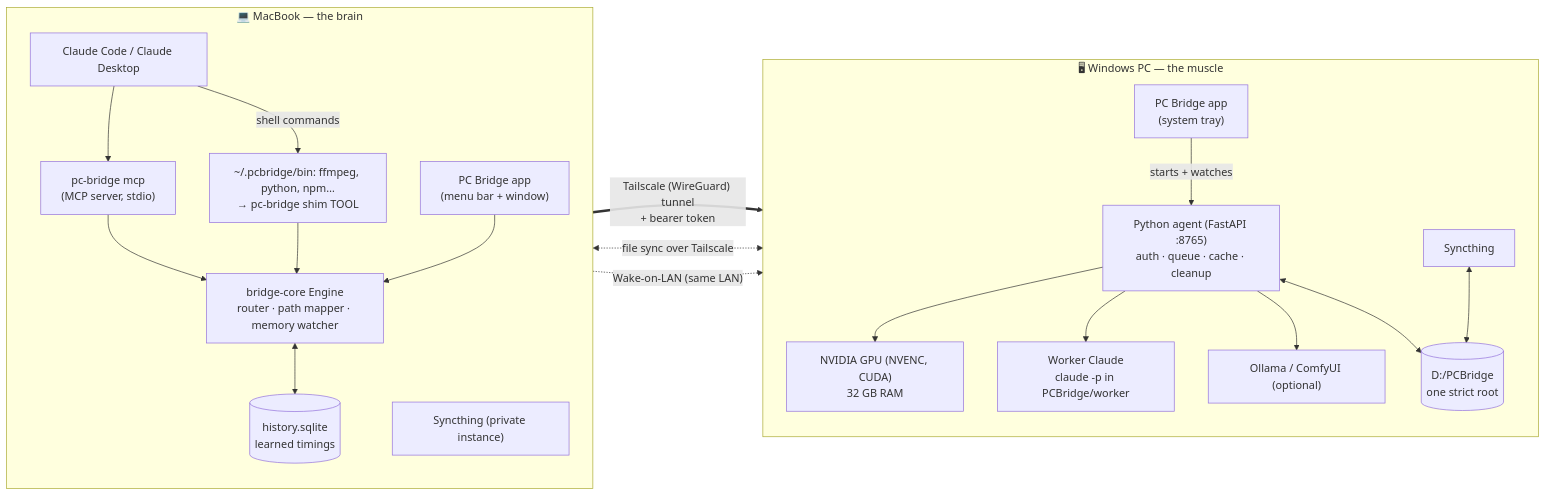
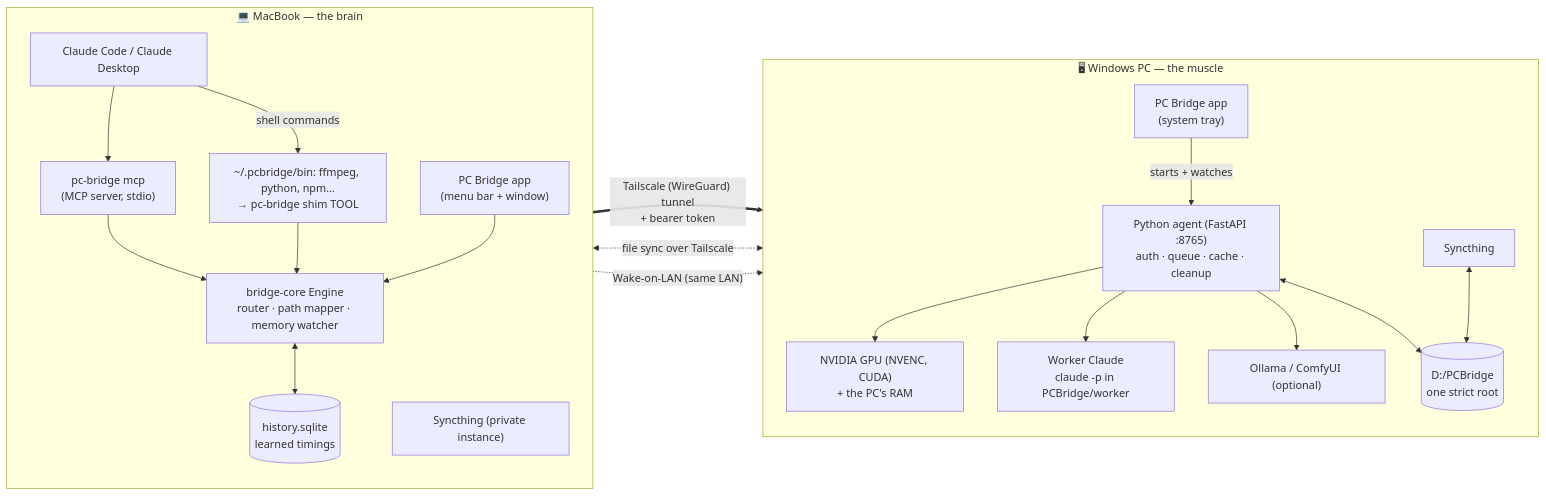
Before and after one commit to walidriachy/pc-gpu-bridge: the first of 4 diagrams in docs/ARCHITECTURE.md, drawn with Mermaid. The commit also changed 34 other files, not shown here.

````diff
--- a/docs/ARCHITECTURE.md
+++ b/docs/ARCHITECTURE.md
@@ -7,38 +7,38 @@
 ```mermaid
 flowchart LR
   subgraph MAC["💻 MacBook — the brain"]
     direction TB
     CC["Claude Code / Claude Desktop"]
     MCP["pc-bridge mcp<br/>(MCP server, stdio)"]
     SHIM["~/.pcbridge/bin: ffmpeg, python, npm…<br/>→ pc-bridge shim TOOL"]
     ENG["bridge-core Engine<br/>router · path mapper · memory watcher"]
     HIST[("history.sqlite<br/>learned timings")]
     APPM["PC Bridge app<br/>(menu bar + window)"]
     STM["Syncthing (private instance)"]
     CC --> MCP --> ENG
     CC -- "shell commands" --> SHIM --> ENG
     ENG <--> HIST
     APPM --> ENG
   end
 
   subgraph PC["🖥 Windows PC — the muscle"]
     direction TB
     APPW["PC Bridge app<br/>(system tray)"]
     AG["Python agent (FastAPI :8765)<br/>auth · queue · cache · cleanup"]
-    GPU["NVIDIA GPU (NVENC, CUDA)<br/>32 GB RAM"]
+    GPU["NVIDIA GPU (NVENC, CUDA)<br/>+ the PC's RAM"]
     WC["Worker Claude<br/>claude -p in PCBridge/worker"]
     OL["Ollama / ComfyUI (optional)"]
     STP["Syncthing"]
     ROOT[("D:/PCBridge<br/>one strict root")]
     APPW -- "starts + watches" --> AG
     AG --> GPU
     AG --> WC
     AG --> OL
     AG <--> ROOT
     STP <--> ROOT
   end
 
   ENG == "Tailscale (WireGuard) tunnel<br/>+ bearer token" ==> AG
   STM <-. "file sync over Tailscale" .-> STP
   APPM -. "Wake-on-LAN (same LAN)" .-> PC
 ```
````
